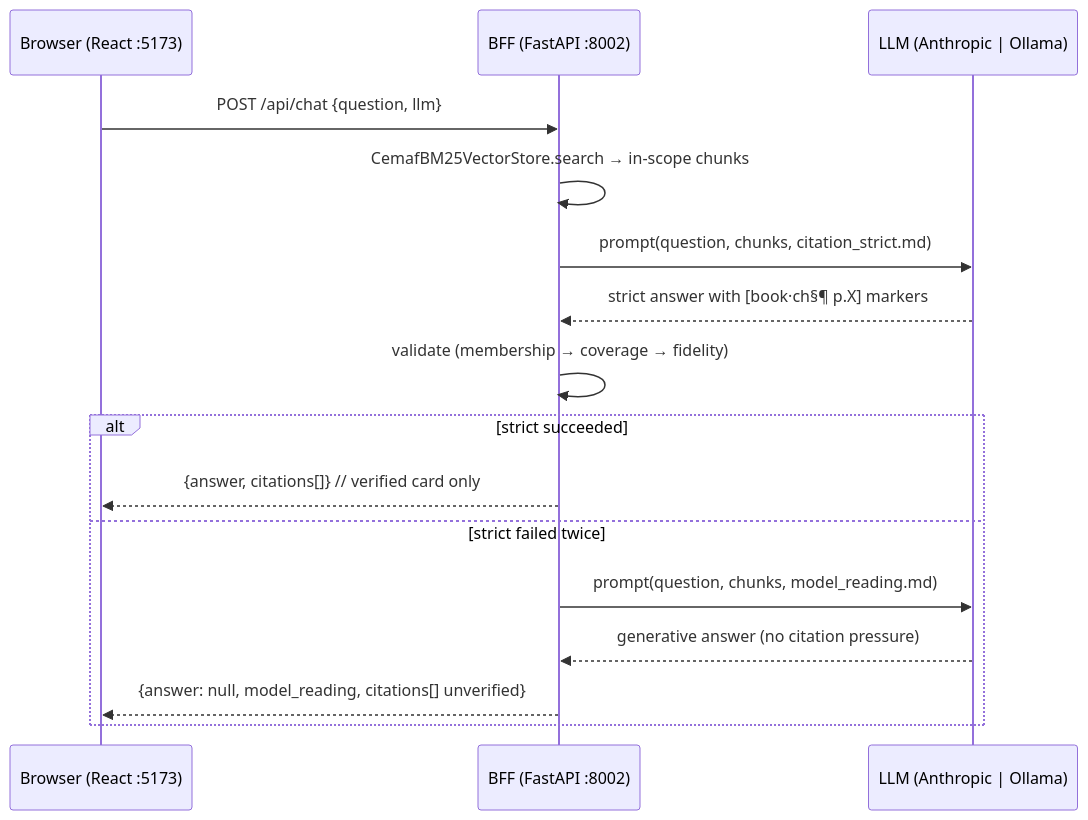
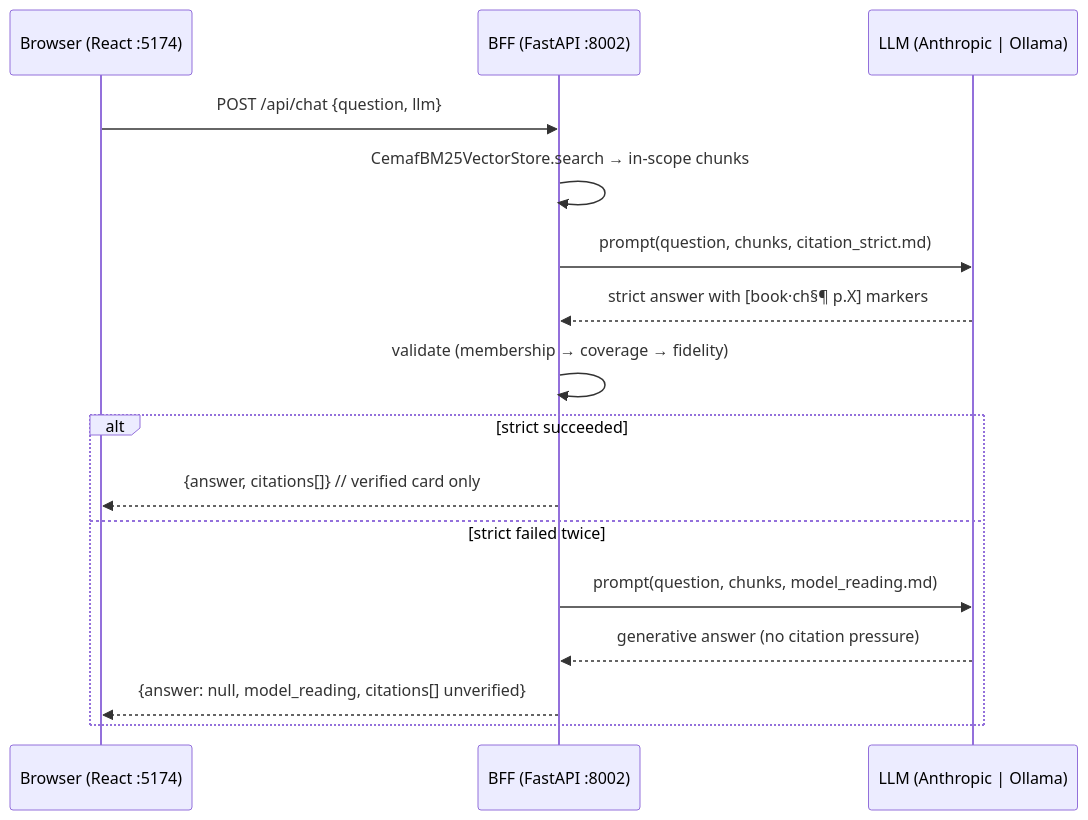
One commit to drchinca/fractalmusic changed the diagram in docs/specs/SPEC-chat-v1.md. Above: the diagram before and after it, drawn with Mermaid. The commit also changed 64 other files, not shown here.

````diff
--- a/docs/specs/SPEC-chat-v1.md
+++ b/docs/specs/SPEC-chat-v1.md
@@ -19,18 +19,18 @@
 ```mermaid
 sequenceDiagram
-    participant U as Browser (React :5173)
+    participant U as Browser (React :5174)
     participant B as BFF (FastAPI :8002)
     participant L as LLM (Anthropic | Ollama)
     U->>B: POST /api/chat {question, llm}
     B->>B: CemafBM25VectorStore.search → in-scope chunks
     B->>L: prompt(question, chunks, citation_strict.md)
     L-->>B: strict answer with [book·ch§¶ p.X] markers
     B->>B: validate (membership → coverage → fidelity)
     alt strict succeeded
         B-->>U: {answer, citations[]}  // verified card only
     else strict failed twice
         B->>L: prompt(question, chunks, model_reading.md)
         L-->>B: generative answer (no citation pressure)
         B-->>U: {answer: null, model_reading, citations[] unverified}
     end
 ```
````
